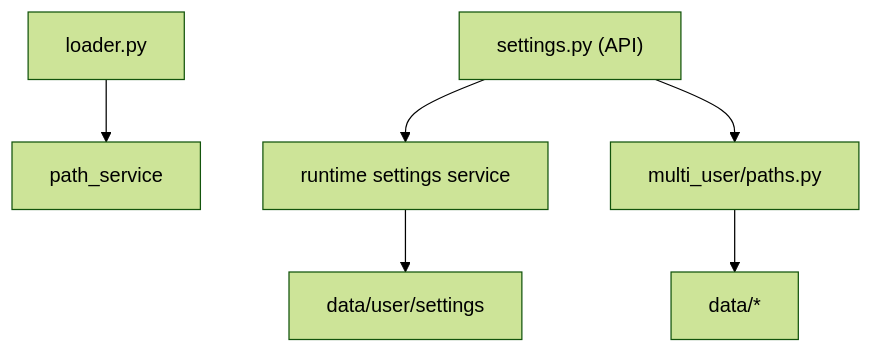
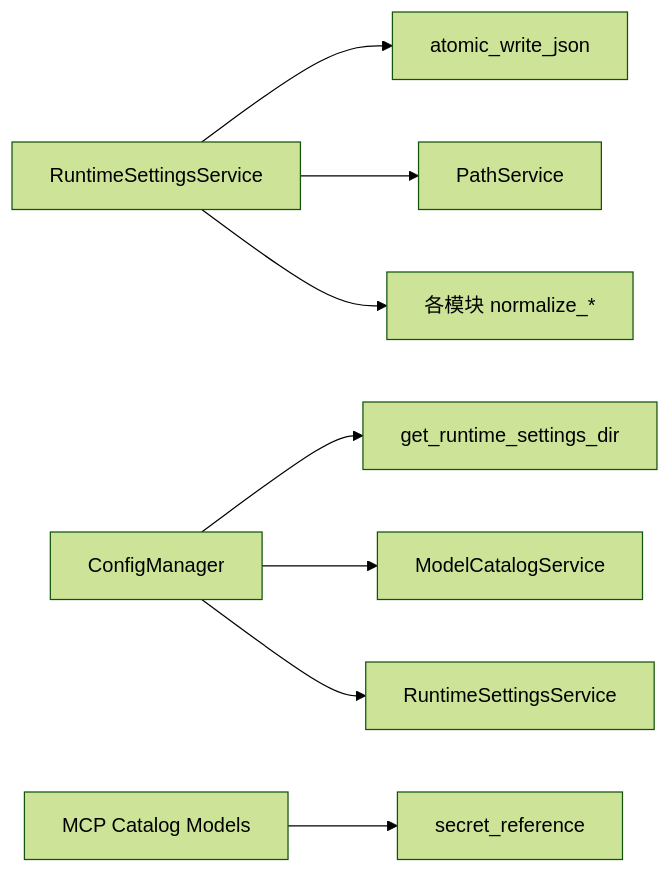
One commit to gongzili456/DeepTutor changed the sixth of 6 diagrams in .qoder/repowiki/zh/content/配置管理/配置管理.md. Above: the diagram before and after it, drawn with Mermaid (forest theme). The commit also changed other lines of this file and 1242 other files, not shown here.

````diff
--- a/.qoder/repowiki/zh/content/配置管理/配置管理.md
+++ b/.qoder/repowiki/zh/content/配置管理/配置管理.md
@@ -294,8 +222,10 @@
 ```mermaid
-graph TB
-L["loader.py"] --> P["path_service"]
-S["settings.py (API)"] --> R["runtime settings service"]
-R --> F["data/user/settings"]
-M["multi_user/paths.py"] --> D["data/*"]
-S --> M
+graph LR
+RS["RuntimeSettingsService"] --> IO["atomic_write_json"]
+RS --> PS["PathService"]
+RS --> NORM["各模块 normalize_*"]
+CM["ConfigManager"] --> DIR["get_runtime_settings_dir"]
+CM --> MC["ModelCatalogService"]
+CM --> RS2["RuntimeSettingsService"]
+MCP["MCP Catalog Models"] --> SECRET["secret_reference"]
 ```
````
